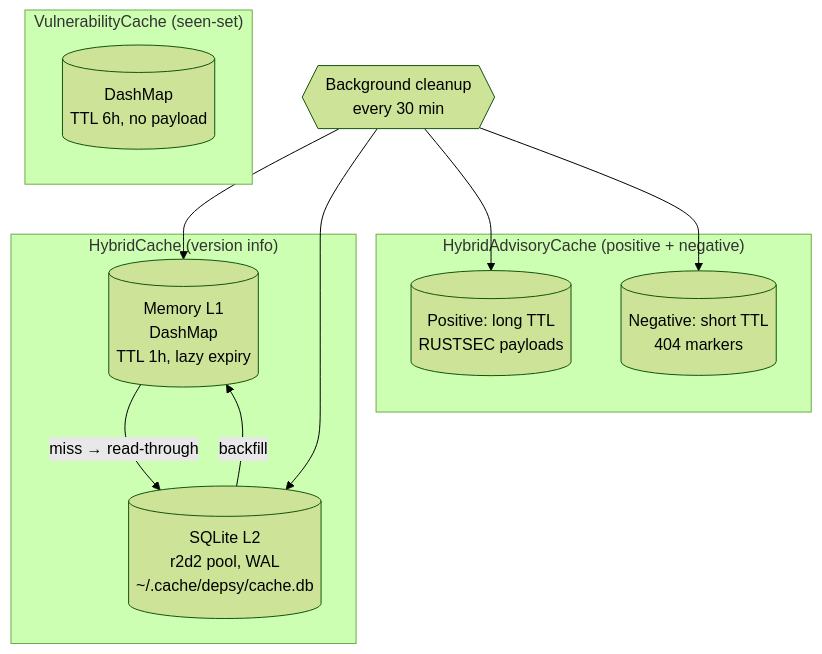
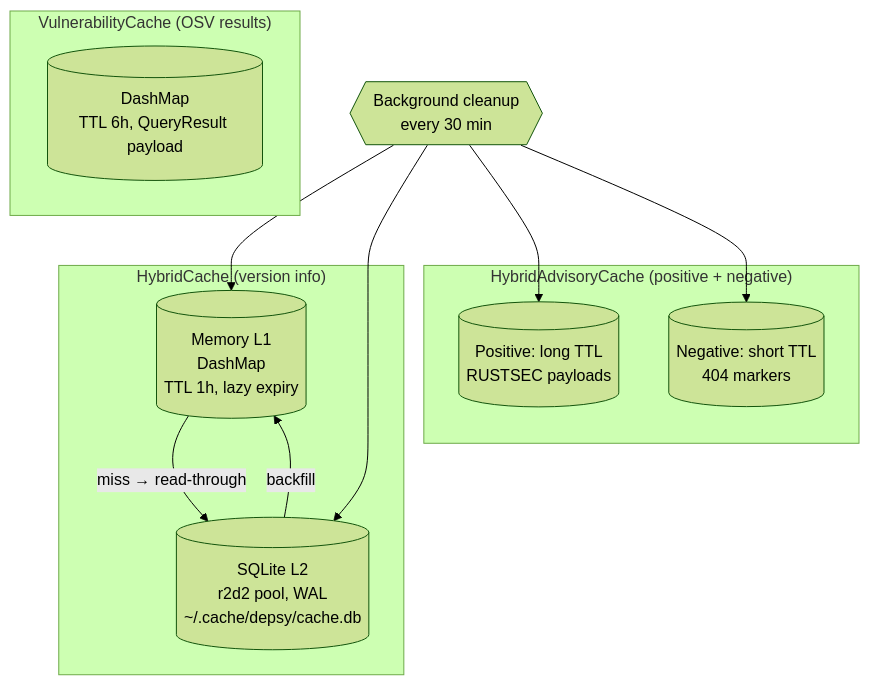
The third of 4 diagrams in docs/architecture.md (iamnoksio/zed-depsy), drawn with Mermaid (forest theme) before and after one commit. The commit also changed other lines of this file and 5 other files, not shown here.

Commit message:
fix(cache): store OSV results per version, not per name (#408) (#410)

````diff
--- a/docs/architecture.md
+++ b/docs/architecture.md
@@ -313,24 +312,24 @@
 ```mermaid
 flowchart TB
     subgraph hybrid["HybridCache (version info)"]
         L1[("Memory L1<br/>DashMap<String, CacheEntry><br/>TTL 1h, lazy expiry")]
         L2[("SQLite L2<br/>r2d2 pool, WAL<br/>~/.cache/depsy/cache.db")]
         L1 -->|miss → read-through| L2
         L2 -->|backfill| L1
     end
 
-    subgraph vuln["VulnerabilityCache (seen-set)"]
-        VS[("DashMap<VulnCacheKey, Instant><br/>TTL 6h, no payload")]
+    subgraph vuln["VulnerabilityCache (OSV results)"]
+        VS[("DashMap<VulnCacheKey, VulnCacheEntry><br/>TTL 6h, QueryResult payload")]
     end
 
     subgraph adv["HybridAdvisoryCache (positive + negative)"]
         AP[("Positive: long TTL<br/>RUSTSEC payloads")]
         AN[("Negative: short TTL<br/>404 markers")]
     end
 
     Cleanup{{"Background cleanup<br/>every 30 min"}}
     Cleanup --> L1
     Cleanup --> L2
     Cleanup --> AP
     Cleanup --> AN
 ```
````
